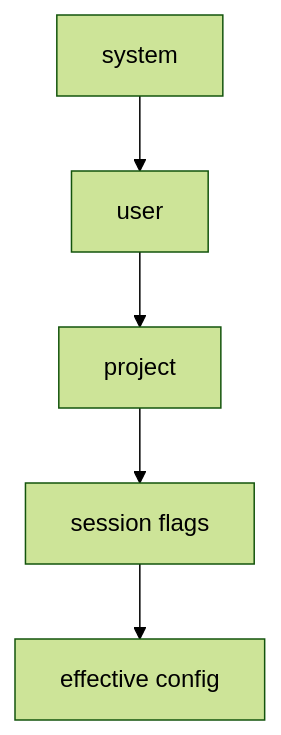
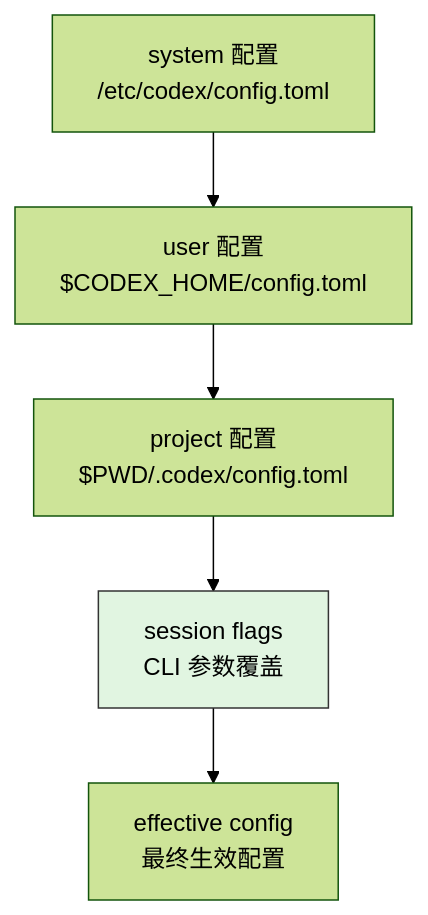
Before and after one commit to giraffe-tree/agent-base: the third of 11 diagrams in docs/codex/02-codex-cli-entry.md, drawn with Mermaid (forest theme). The commit also changed other lines of this file and 155 other files, not shown here.

````diff
--- a/docs/codex/02-codex-cli-entry.md
+++ b/docs/codex/02-codex-cli-entry.md
@@ -133,7 +206,9 @@
 ```mermaid
 flowchart TD
-    A[system] --> B[user]
-    B --> C[project]
-    C --> D[session flags]
-    D --> E[effective config]
+    A[system 配置<br/>/etc/codex/config.toml] --> B[user 配置<br/>$CODEX_HOME/config.toml]
+    B --> C[project 配置<br/>$PWD/.codex/config.toml]
+    C --> D[session flags<br/>CLI 参数覆盖]
+    D --> E[effective config<br/>最终生效配置]
+
+    style D fill:#e1f5e1,stroke:#333
 ```
````
